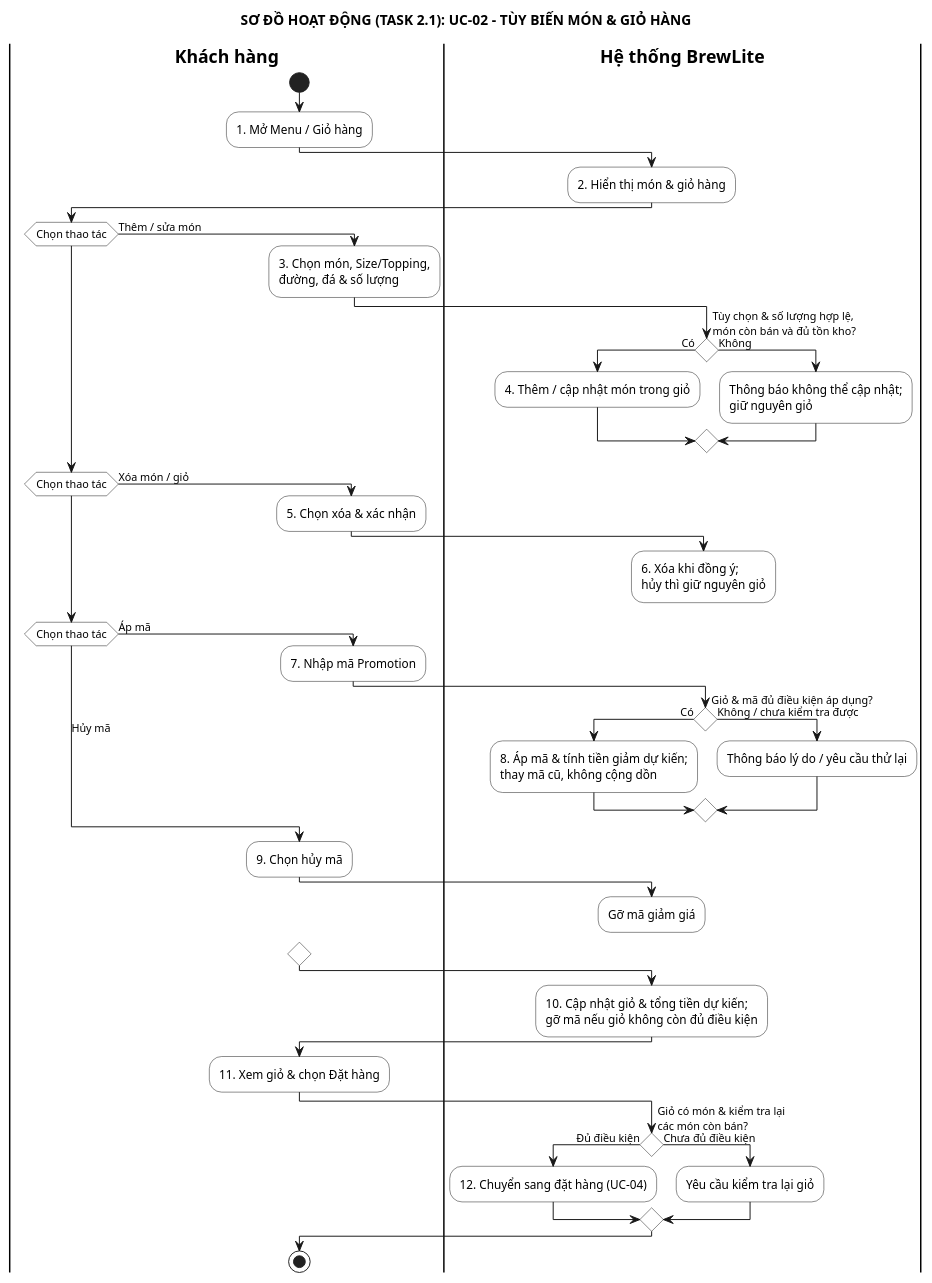
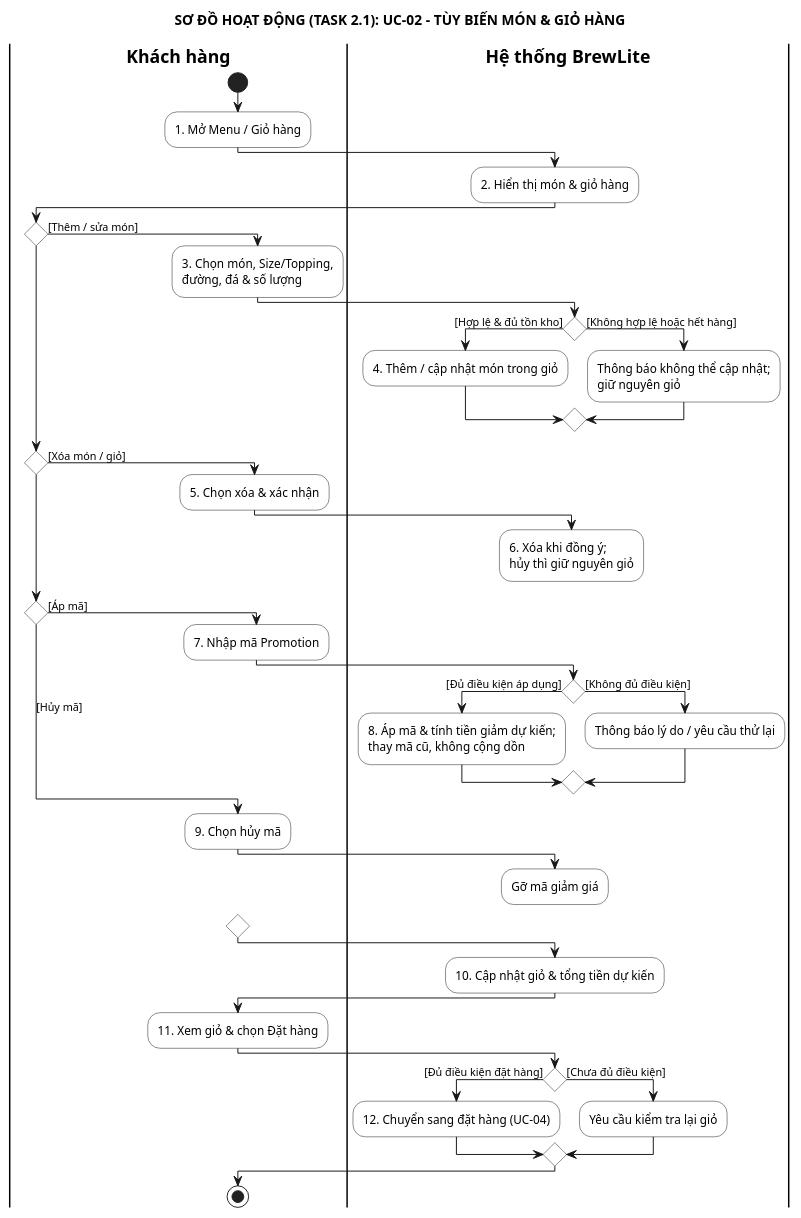
Before and after one commit to SamuiSang/brewlite2: the diagram in docs/diagrams/activity-02-cart.puml, drawn with PlantUML. The commit also changed 5 other files, not shown here.

```diff
--- a/docs/diagrams/activity-02-cart.puml
+++ b/docs/diagrams/activity-02-cart.puml
@@ -1,60 +1,60 @@
 @startuml activity-02-cart
 !pragma useVerticalIf on
 skinparam monochrome true
 skinparam shadowing false
 skinparam defaultFontName SansSerif
 skinparam backgroundColor white
 skinparam conditionStyle diamond
 skinparam activityBackgroundColor white
 skinparam activityDiamondBackgroundColor white
 skinparam swimlaneTitleFontStyle bold
 skinparam swimlaneBorderColor black
 title SƠ ĐỒ HOẠT ĐỘNG (TASK 2.1): UC-02 - TÙY BIẾN MÓN & GIỎ HÀNG
 
 |Khách hàng|
 start
 :1. Mở Menu / Giỏ hàng;
 |Hệ thống BrewLite|
 :2. Hiển thị món & giỏ hàng;
 |Khách hàng|
-if (Chọn thao tác) then (Thêm / sửa món)
+if () then ([Thêm / sửa món])
   :3. Chọn món, Size/Topping,\nđường, đá & số lượng;
   |Hệ thống BrewLite|
-  if (Tùy chọn & số lượng hợp lệ,\nmón còn bán và đủ tồn kho?) then (Có)
+  if () then ([Hợp lệ & đủ tồn kho])
     :4. Thêm / cập nhật món trong giỏ;
-  else (Không)
+  else ([Không hợp lệ hoặc hết hàng])
     :Thông báo không thể cập nhật;\ngiữ nguyên giỏ;
   endif
-elseif (Chọn thao tác) then (Xóa món / giỏ)
+elseif () then ([Xóa món / giỏ])
   |Khách hàng|
   :5. Chọn xóa & xác nhận;
   |Hệ thống BrewLite|
   :6. Xóa khi đồng ý;\nhủy thì giữ nguyên giỏ;
-elseif (Chọn thao tác) then (Áp mã)
+elseif () then ([Áp mã])
   |Khách hàng|
   :7. Nhập mã Promotion;
   |Hệ thống BrewLite|
-  if (Giỏ & mã đủ điều kiện áp dụng?) then (Có)
+  if () then ([Đủ điều kiện áp dụng])
     :8. Áp mã & tính tiền giảm dự kiến;\nthay mã cũ, không cộng dồn;
-  else (Không / chưa kiểm tra được)
+  else ([Không đủ điều kiện])
     :Thông báo lý do / yêu cầu thử lại;
   endif
-else (Hủy mã)
+else ([Hủy mã])
   |Khách hàng|
   :9. Chọn hủy mã;
   |Hệ thống BrewLite|
   :Gỡ mã giảm giá;
 endif
 |Hệ thống BrewLite|
-:10. Cập nhật giỏ & tổng tiền dự kiến;\ngỡ mã nếu giỏ không còn đủ điều kiện;
+:10. Cập nhật giỏ & tổng tiền dự kiến;
 |Khách hàng|
 :11. Xem giỏ & chọn Đặt hàng;
 |Hệ thống BrewLite|
-if (Giỏ có món & kiểm tra lại\ncác món còn bán?) then (Đủ điều kiện)
+if () then ([Đủ điều kiện đặt hàng])
   :12. Chuyển sang đặt hàng (UC-04);
-else (Chưa đủ điều kiện)
+else ([Chưa đủ điều kiện])
   :Yêu cầu kiểm tra lại giỏ;
 endif
 |Khách hàng|
 stop
 @enduml
```
